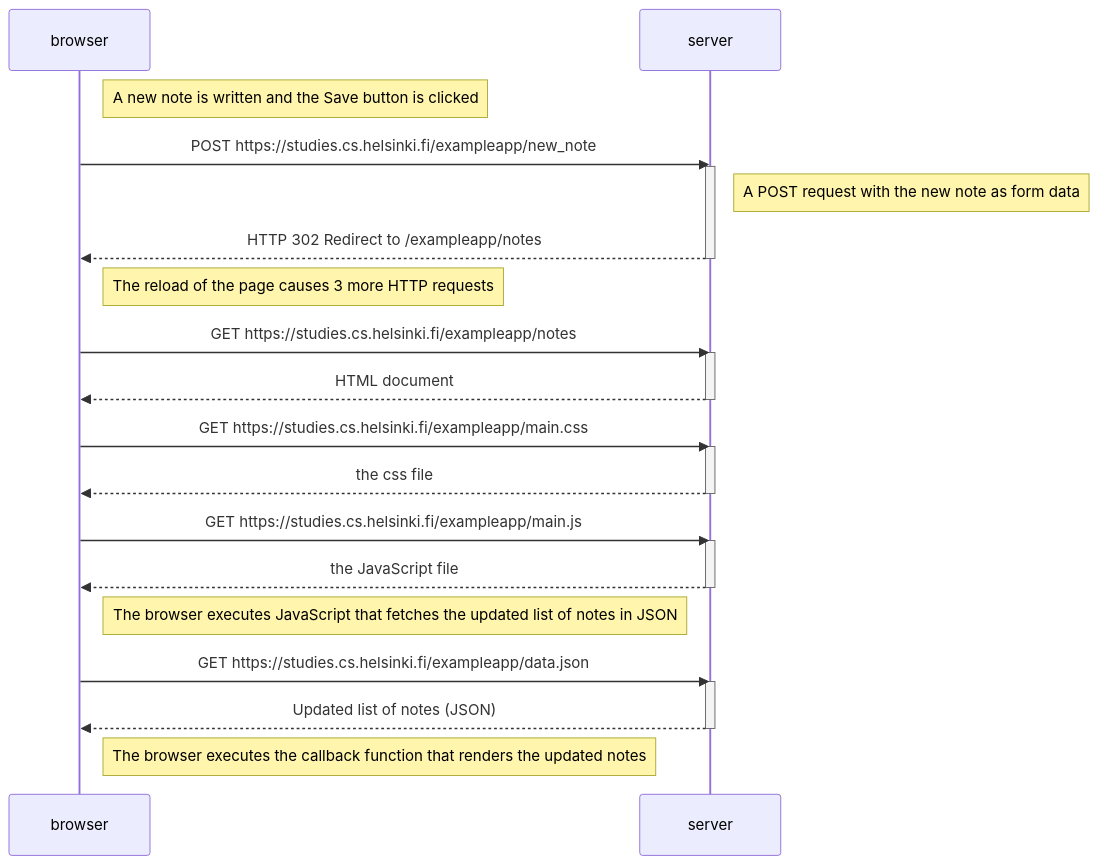
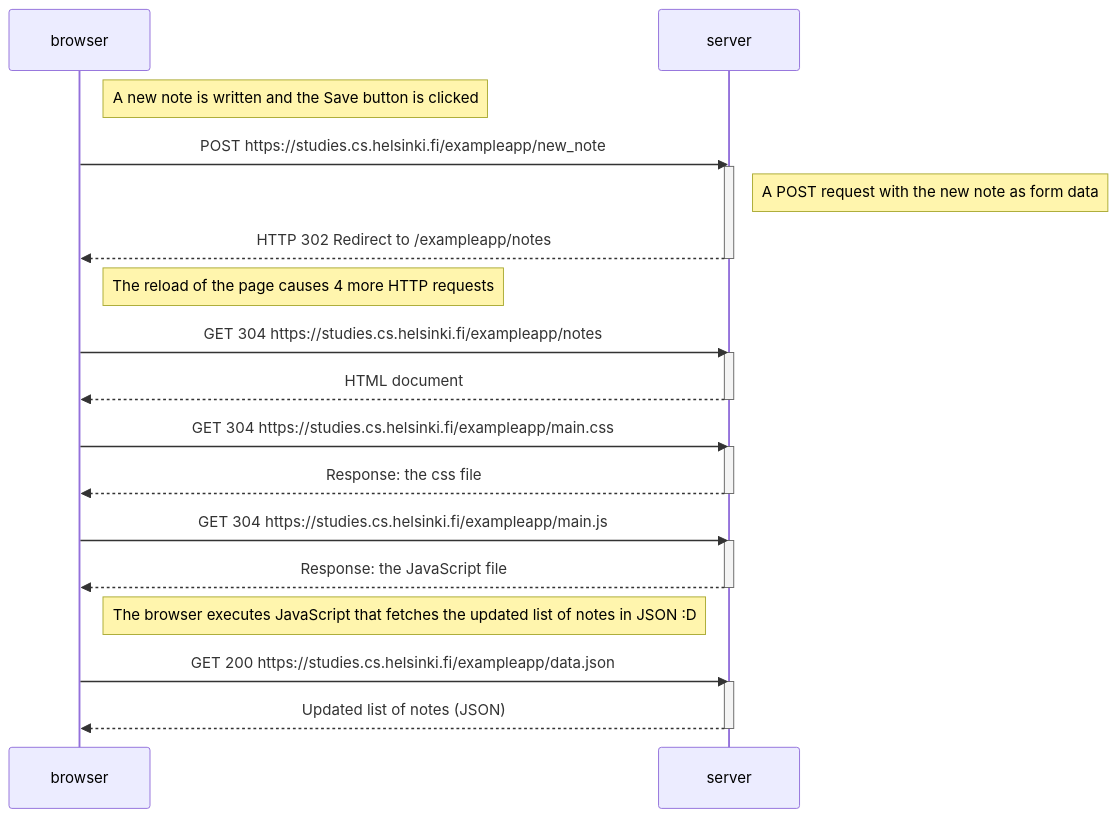
The diagram in part0/test.md (cristichitz/Full-Stack-Open), drawn with Mermaid before and after one commit.

````diff
--- a/part0/test.md
+++ b/part0/test.md
@@ -1,39 +1,38 @@
 ```mermaid
 sequenceDiagram
     participant browser
     participant server
 
     Note right of browser: A new note is written and the Save button is clicked
 
     browser->>server: POST https://studies.cs.helsinki.fi/exampleapp/new_note
         activate server
         Note right of server: A POST request with the new note as form data
         server-->>browser: HTTP 302 Redirect to /exampleapp/notes
         deactivate server
 
-    Note right of browser: The reload of the page causes 3 more HTTP requests
+    Note right of browser: The reload of the page causes 4 more HTTP requests
 
-    browser->>server: GET https://studies.cs.helsinki.fi/exampleapp/notes
+    browser->>server: GET 304 https://studies.cs.helsinki.fi/exampleapp/notes
         activate server
         server-->>browser: HTML document
         deactivate server
 
-    browser->>server: GET https://studies.cs.helsinki.fi/exampleapp/main.css
+    browser->>server: GET 304 https://studies.cs.helsinki.fi/exampleapp/main.css
         activate server
-        server-->>browser: the css file
+        server-->>browser: Response: the css file
         deactivate server
 
-    browser->>server: GET https://studies.cs.helsinki.fi/exampleapp/main.js
+    browser->>server: GET 304 https://studies.cs.helsinki.fi/exampleapp/main.js
         activate server
-        server-->>browser: the JavaScript file
+        server-->>browser: Response: the JavaScript file
         deactivate server
 
-    Note right of browser: The browser executes JavaScript that fetches the updated list of notes in JSON
+    Note right of browser: The browser executes JavaScript that fetches the updated list of notes in JSON :D
 
-    browser->>server: GET https://studies.cs.helsinki.fi/exampleapp/data.json
+    browser->>server: GET 200 https://studies.cs.helsinki.fi/exampleapp/data.json
         activate server
         server-->>browser: Updated list of notes (JSON)
         deactivate server
 
-    Note right of browser: The browser executes the callback function that renders the updated notes
 ```
````
